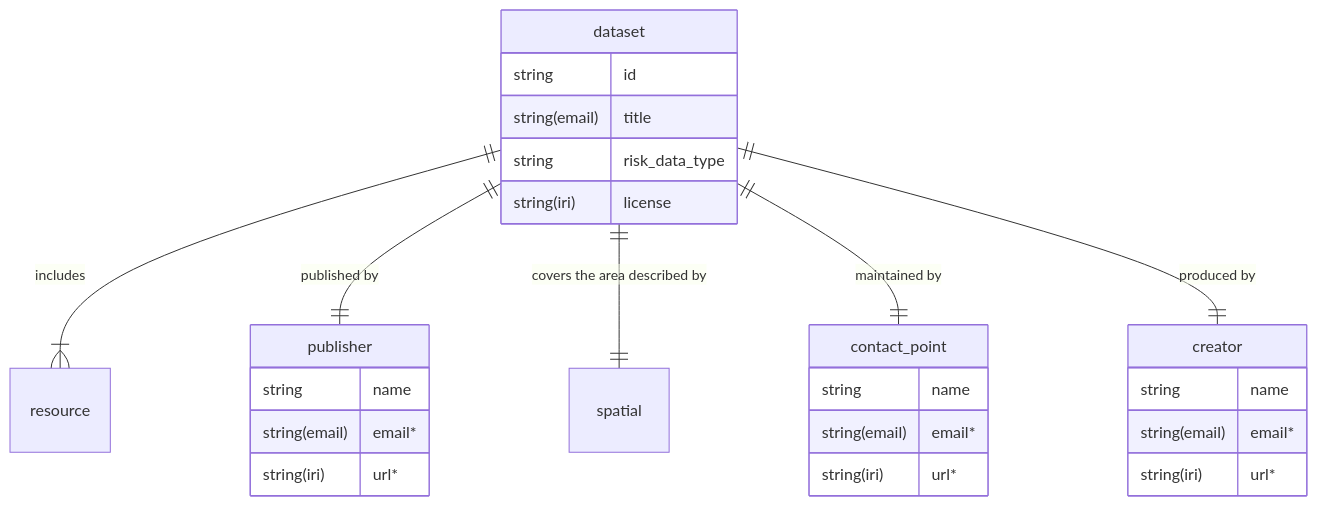
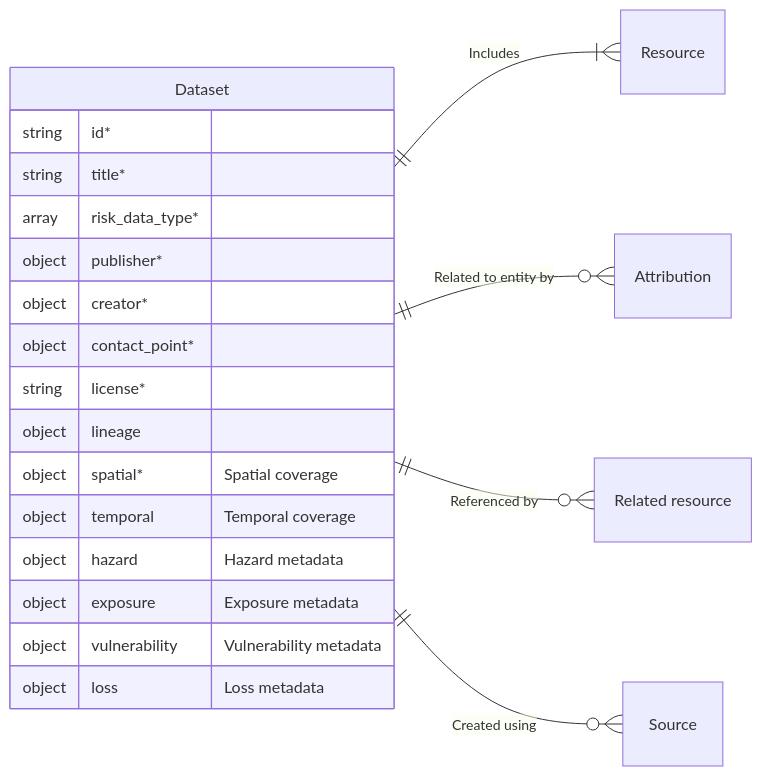
Before and after one commit to GFDRR/rdl-standard: the diagram in docs/reference/reference_tables/dataset.md, drawn with Mermaid. The commit also changed other lines of this file and 7 other files, not shown here.

Commit message:
Update processed schema and reference documentation

````diff
--- a/docs/reference/reference_tables/dataset.md
+++ b/docs/reference/reference_tables/dataset.md
@@ -8,45 +9,26 @@
 ```{mermaid}
-    ---
-    config:
-    layout: elk
-    elk:
-        nodePlacementStrategy: SIMPLE
-    ---
-
     erDiagram
-
-        dataset {
-            string id
-            string(email) title
-            string risk_data_type
-            string(iri) license
-        }
-
-        publisher {
-            string name
-            string(email) email*
-            string(iri) url*
-        }
-
-        spatial {
+        Direction LR
+        Dataset {
+            string id*
+            string title*
+            array risk_data_type*
+            object publisher*
+            object creator*
+            object contact_point*
+            string license*
+            object lineage
+            object spatial* "Spatial coverage"
+            object temporal "Temporal coverage"
+            object hazard "Hazard metadata"
+            object exposure "Exposure metadata"
+            object vulnerability "Vulnerability metadata"
+            object loss "Loss metadata"
 
         }
 
-        contact_point {
-            string name
-            string(email) email*
-            string(iri) url*
-        }
-
-        creator {
-            string name
-            string(email) email*
-            string(iri) url*
-        }
-
-        dataset ||--|{ resource: includes
-        dataset ||--|| publisher: "published by"
-        dataset ||--|| spatial: "covers the area described by"
-        dataset ||--|| contact_point: "maintained by"
-        dataset ||--|| creator: "produced by"
+        Dataset ||--|{ Resource: "Includes"
+        Dataset ||--o{ Attribution: "Related to entity by"
+        Dataset ||--o{ "Related resource": "Referenced by"
+        Dataset ||--o{ Source: "Created using"
 ```
````
